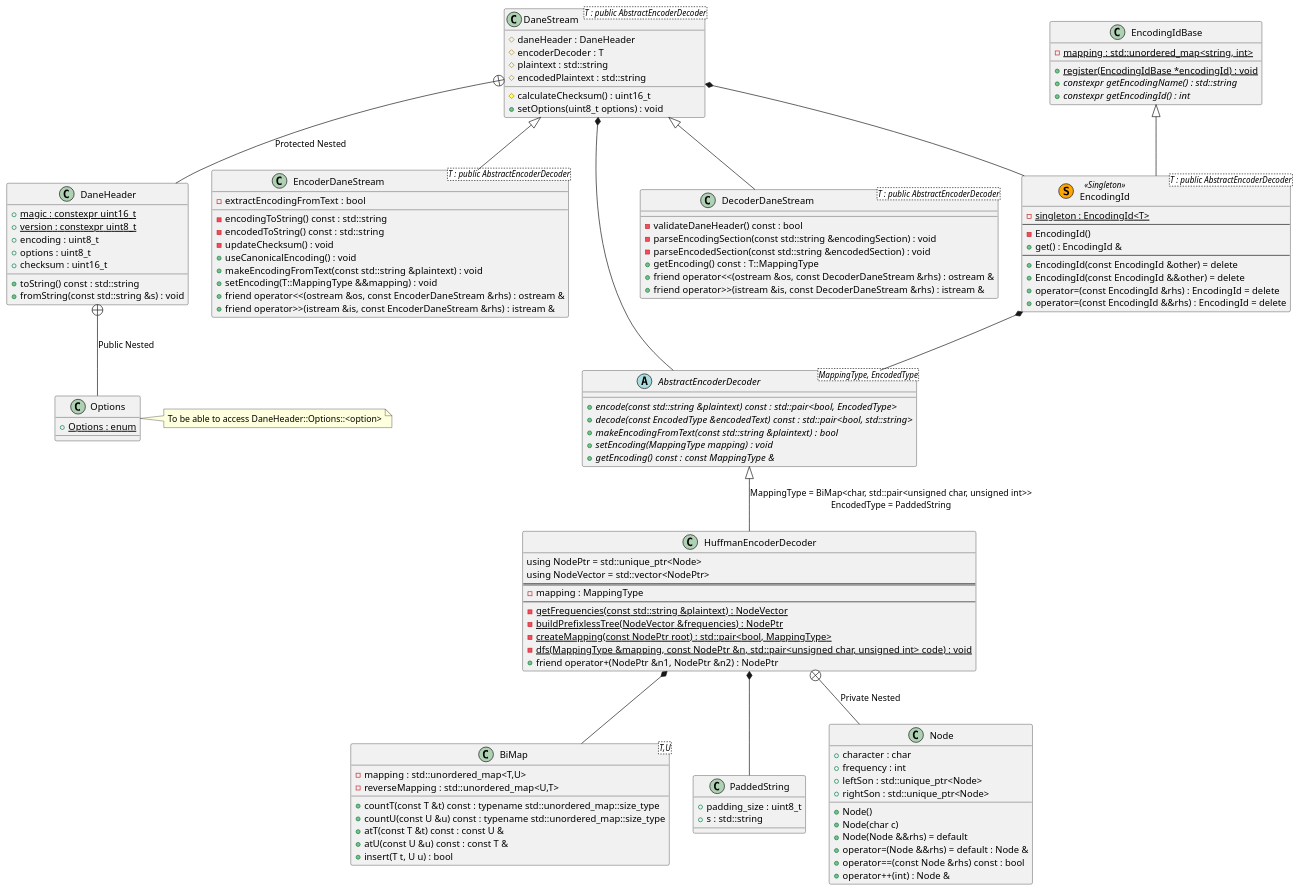
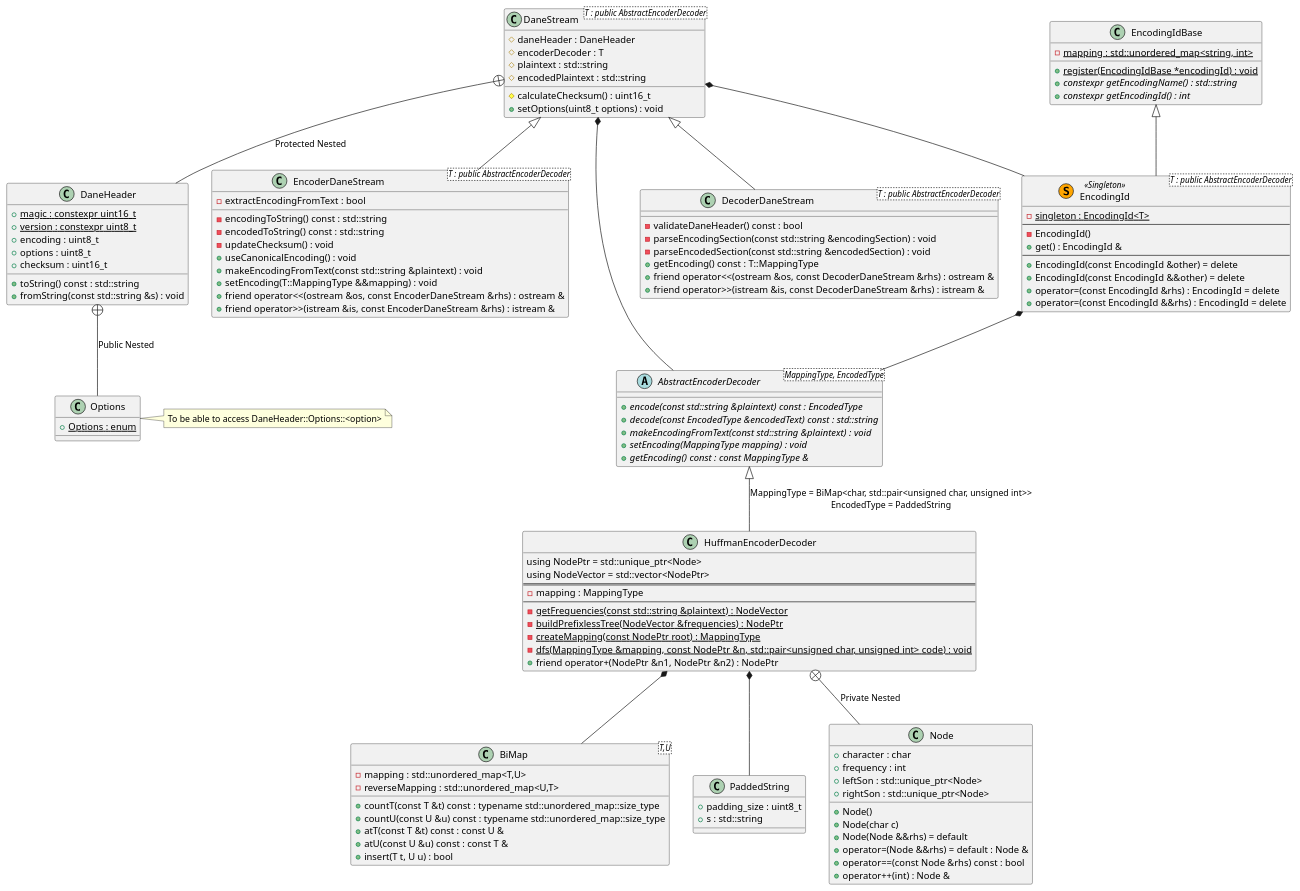
Before and after one commit to dan1994/cpp--dane: the diagram in docs/design.puml, drawn with PlantUML. The commit also changed 4 other files, not shown here.

```diff
--- a/docs/design.puml
+++ b/docs/design.puml
@@ -1,131 +1,130 @@
 @startuml dane
 class BiMap<T,U> {
 	- {field}	mapping : std::unordered_map<T,U>
 	- {field}	reverseMapping : std::unordered_map<U,T>
 	+ {method}	countT(const T &t) const : typename std::unordered_map::size_type
 	+ {method}	countU(const U &u) const : typename std::unordered_map::size_type
 	+ {method}	atT(const T &t) const : const U &
 	+ {method}	atU(const U &u) const : const T &
 	+ {method}	insert(T t, U u) : bool
 }
 
 class PaddedString {
 	+ {field}	padding_size : uint8_t
 	+ {field}	s : std::string
 }
 
 abstract class AbstractEncoderDecoder<MappingType, EncodedType> {
-	+ {method}	{abstract} encode(const std::string &plaintext) const : std::pair<bool, EncodedType>
-	+ {method}	{abstract} decode(const EncodedType &encodedText) const : \
-std::pair<bool, std::string>
-	+ {method}	{abstract} makeEncodingFromText(const std::string &plaintext) : bool
+	+ {method}	{abstract} encode(const std::string &plaintext) const : EncodedType
+	+ {method}	{abstract} decode(const EncodedType &encodedText) const : std::string
+	+ {method}	{abstract} makeEncodingFromText(const std::string &plaintext) : void
 	+ {method}	{abstract} setEncoding(MappingType mapping) : void
 	+ {method}	{abstract} getEncoding() const : const MappingType &
 }
 
 AbstractEncoderDecoder <|-- HuffmanEncoderDecoder : \
 MappingType = BiMap<char, std::pair<unsigned char, unsigned int>>\n\
 EncodedType = PaddedString
 HuffmanEncoderDecoder *-- BiMap
 HuffmanEncoderDecoder *-- PaddedString
 HuffmanEncoderDecoder +-- Node : "Private Nested"
 class HuffmanEncoderDecoder {
 	using NodePtr = std::unique_ptr<Node>
 	using NodeVector = std::vector<NodePtr>
 	==
 	- {field}	mapping : MappingType
 	--
 	- {method}	{static} getFrequencies(const std::string &plaintext) : NodeVector
 	- {method}	{static} buildPrefixlessTree(NodeVector &frequencies) : NodePtr
-	- {method}	{static} createMapping(const NodePtr root) : std::pair<bool, MappingType>
+	- {method}	{static} createMapping(const NodePtr root) : MappingType
 	- {method}	{static} dfs(MappingType &mapping, const NodePtr &n, \
 std::pair<unsigned char, unsigned int> code) : void
 	+ {method}	friend operator+(NodePtr &n1, NodePtr &n2) : NodePtr
 }
 
 class Node {
 	+ {field}	character : char
 	+ {field}	frequency : int
 	+ {field}	leftSon : std::unique_ptr<Node>
 	+ {field}	rightSon : std::unique_ptr<Node>
 	+ {method}	Node()
 	+ {method}	Node(char c)
 	+ {method}	Node(Node &&rhs) = default
 	+ {method}	operator=(Node &&rhs) = default : Node &
 	+ {method}	operator==(const Node &rhs) const : bool
 	+ {method}	operator++(int) : Node &
 }
 
 DaneStream +-- DaneHeader : Protected Nested
 class DaneHeader {
 	+ {field}	{static} magic : constexpr uint16_t
 	+ {field}	{static} version : constexpr uint8_t
 	+ {field}	encoding : uint8_t
 	+ {field}	options : uint8_t
 	+ {field}	checksum : uint16_t
 	+ {method}	toString() const : std::string
 	+ {method}	fromString(const std::string &s) : void
 }
 
 DaneHeader +-- Options : Public Nested
 note right of Options : To be able to access DaneHeader::Options::<option>
 class Options {
 	+ {field}	{static} Options : enum
 }
 
 DaneStream *-- AbstractEncoderDecoder
 DaneStream *-- EncodingId
 class DaneStream<T : public AbstractEncoderDecoder> {
 	# {field}	daneHeader : DaneHeader
 	# {field}	encoderDecoder : T
 	# {field}	plaintext : std::string
 	# {field}	encodedPlaintext : std::string
 	# {method}	calculateChecksum() : uint16_t
 	+ {method}	setOptions(uint8_t options) : void
 }
 
 DaneStream <|-- EncoderDaneStream
 class EncoderDaneStream<T : public AbstractEncoderDecoder> {
 	- {field}	extractEncodingFromText : bool
 	- {method}	encodingToString() const : std::string
 	- {method}	encodedToString() const : std::string
 	- {method}	updateChecksum() : void
 	+ {method}	useCanonicalEncoding() : void
 	+ {method}	makeEncodingFromText(const std::string &plaintext) : void
 	+ {method}	setEncoding(T::MappingType &&mapping) : void
 	+ {method}	friend operator<<(ostream &os, const EncoderDaneStream &rhs) : ostream &
 	+ {method}	friend operator>>(istream &is, const EncoderDaneStream &rhs) : istream &
 }
 
 DaneStream <|-- DecoderDaneStream
 class DecoderDaneStream<T : public AbstractEncoderDecoder> {
 	- {method}	validateDaneHeader() const : bool
 	- {method}	parseEncodingSection(const std::string &encodingSection) : void
 	- {method}	parseEncodedSection(const std::string &encodedSection) : void
 	+ {method}	getEncoding() const : T::MappingType
 	+ {method}	friend operator<<(ostream &os, const DecoderDaneStream &rhs) : ostream &
 	+ {method}	friend operator>>(istream &is, const DecoderDaneStream &rhs) : istream &
 }
 
 class EncodingIdBase {
 	- {field}	{static} mapping : std::unordered_map<string, int>
 	+ {method}	{static} register(EncodingIdBase *encodingId) : void
 	+ {method}	{abstract} constexpr getEncodingName() : std::string
 	+ {method}	{abstract} constexpr getEncodingId() : int
 }
 
 EncodingIdBase <|-- EncodingId
 EncodingId *-- AbstractEncoderDecoder
 class EncodingId<T : public AbstractEncoderDecoder> << (S,Orange) Singleton >> {
 	- {field}	{static} singleton : EncodingId<T>
 	--
 	- {method}	EncodingId()
 	+ {method}	get() : EncodingId &
 	--
 	+ {method}	EncodingId(const EncodingId &other) = delete
 	+ {method}	EncodingId(const EncodingId &&other) = delete
 	+ {method}	operator=(const EncodingId &rhs) : EncodingId = delete
 	+ {method}	operator=(const EncodingId &&rhs) : EncodingId = delete
 }
 
 @enduml
```
